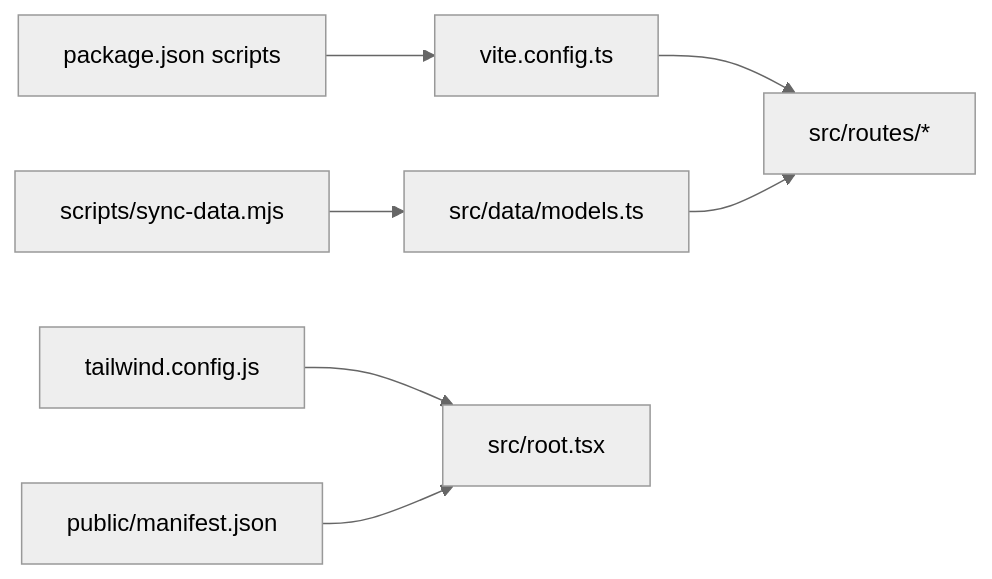
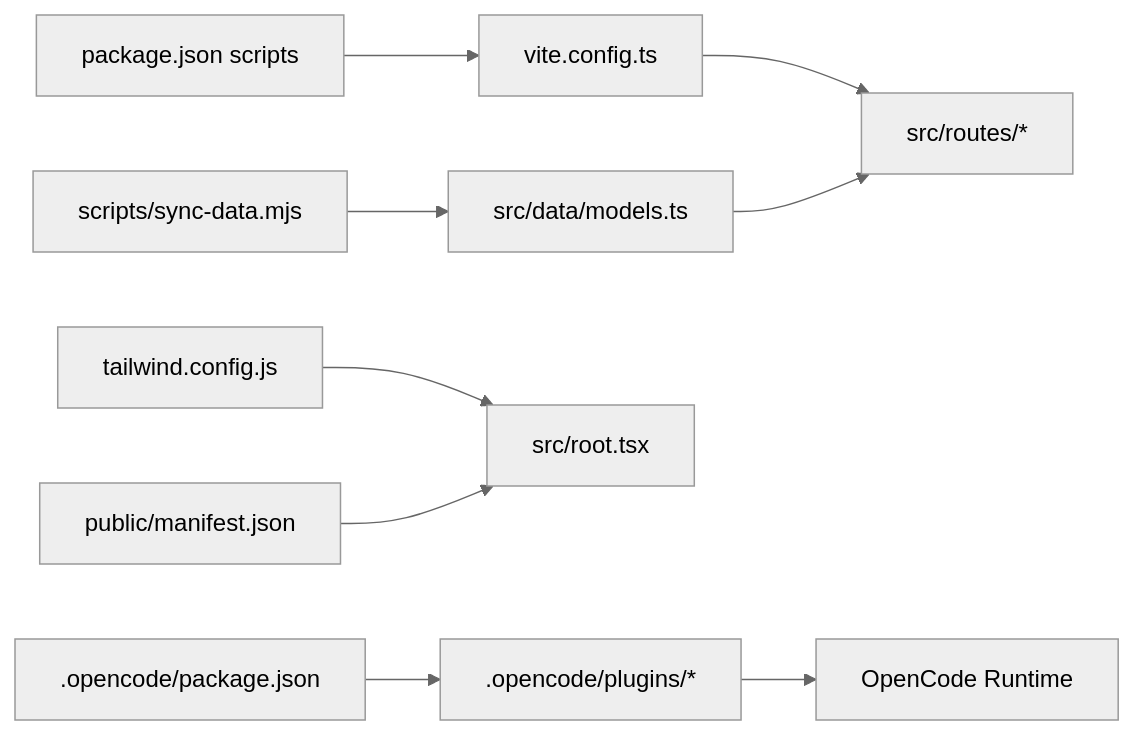
The eighth of 8 diagrams in .qoder/repowiki/en/content/Architecture Overview/Architecture Overview.md (delirium-dj/modelcomp), drawn with Mermaid (neutral theme) before and after one commit. The commit also changed other lines of this file and 141 other files, not shown here.

````diff
--- a/.qoder/repowiki/en/content/Architecture Overview/Architecture Overview.md
+++ b/.qoder/repowiki/en/content/Architecture Overview/Architecture Overview.md
@@ -320,17 +423,21 @@
 ```mermaid
 graph LR
 PKG["package.json scripts"]
 VCFG["vite.config.ts"]
 TCFG["tailwind.config.js"]
 MAN["public/manifest.json"]
 SYNC["scripts/sync-data.mjs"]
 MODELS["src/data/models.ts"]
 ROUTES["src/routes/*"]
 ROOT["src/root.tsx"]
+OPKG[".opencode/package.json"]
+PLUGINS[".opencode/plugins/*"]
 PKG --> VCFG
 VCFG --> ROUTES
 TCFG --> ROOT
 MAN --> ROOT
 SYNC --> MODELS
 MODELS --> ROUTES
+OPKG --> PLUGINS
+PLUGINS --> USER["OpenCode Runtime"]
 ```
````
